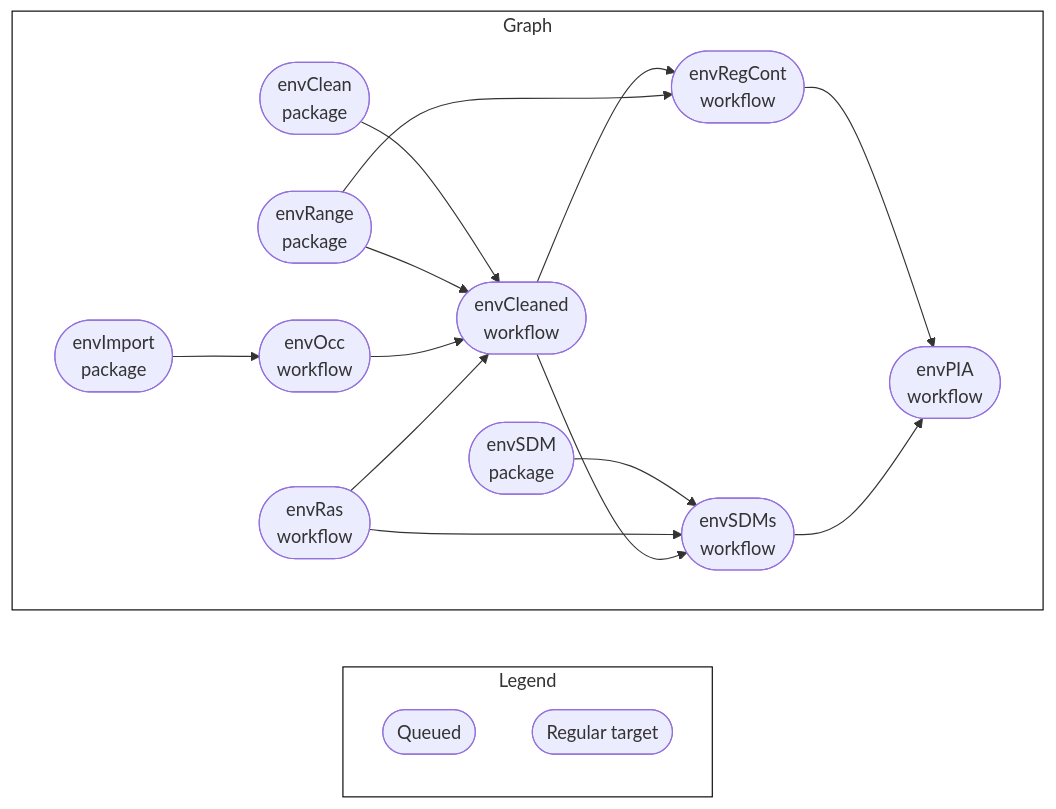
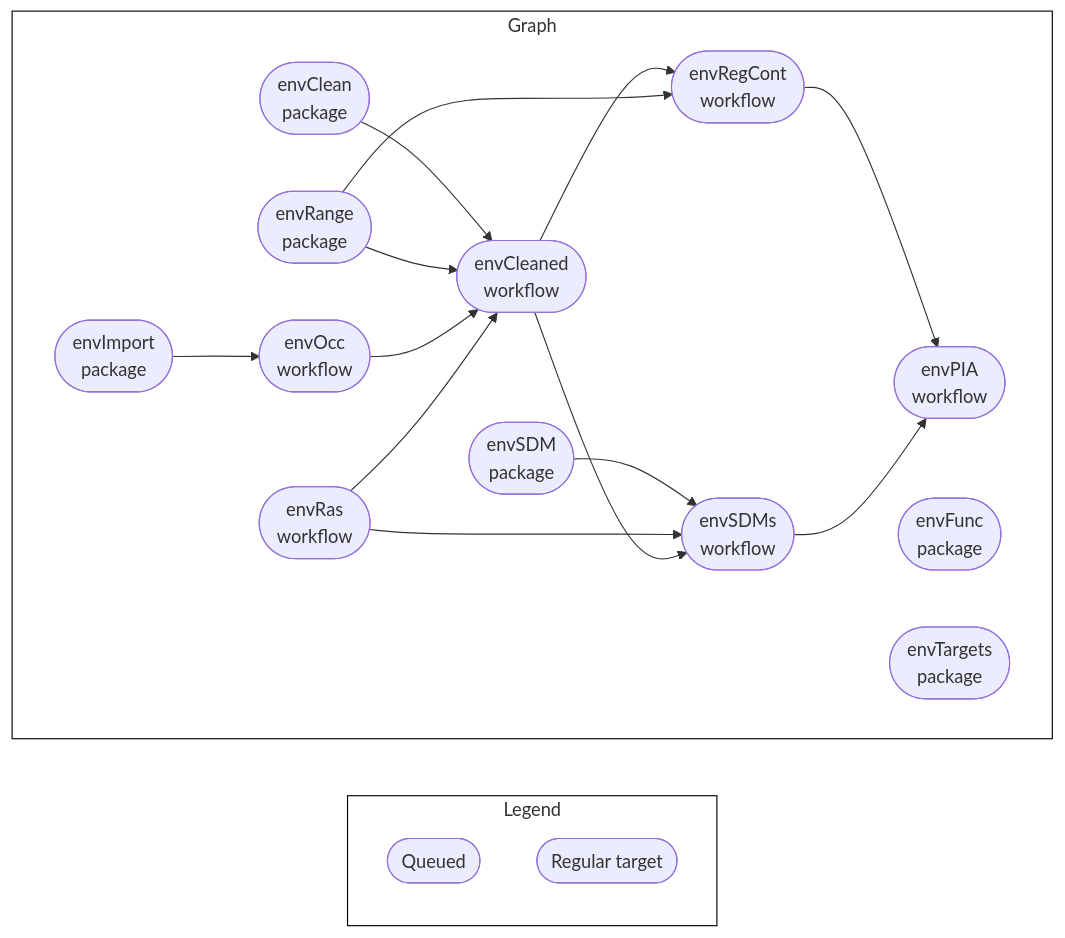
One commit to dew-landscapes/.github changed the diagram in profile/README.md. Above: the diagram before and after it, drawn with Mermaid. The commit also changed other lines of this file and 2 other files, not shown here.

````diff
--- a/profile/README.md
+++ b/profile/README.md
@@ -43,25 +43,26 @@
 ``` mermaid
 graph LR
   style Legend fill:#FFFFFF00,stroke:#000000;
   style Graph fill:#FFFFFF00,stroke:#000000;
   subgraph Legend
     xa3883d8216f2b511(["Queued"]):::queued
     xd03d7c7dd2ddda2b(["Regular target"]):::none
   end
   subgraph Graph
     direction LR
     x199e33ac94c360fd(["envClean<br>package"]):::queued --> x4e1f08a5bd05b882(["envCleaned<br>workflow"]):::queued
     x4f41d9ef8b70ed0e(["envRange<br>package"]):::queued --> x4e1f08a5bd05b882(["envCleaned<br>workflow"]):::queued
     x9d3addc2d3c28cb0(["envOcc<br>workflow"]):::queued --> x4e1f08a5bd05b882(["envCleaned<br>workflow"]):::queued
     x67b5feaf09e4d0ca(["envRas<br>workflow"]):::queued --> x4e1f08a5bd05b882(["envCleaned<br>workflow"]):::queued
     xa419b1871c902a02(["envImport<br>package"]):::queued --> x9d3addc2d3c28cb0(["envOcc<br>workflow"]):::queued
     x5499a04bf3778295(["envRegCont<br>workflow"]):::queued --> x2cb0f2dc918c8a98(["envPIA<br>workflow"]):::queued
     xc1054dd4c63b18e0(["envSDMs<br>workflow"]):::queued --> x2cb0f2dc918c8a98(["envPIA<br>workflow"]):::queued
     x4e1f08a5bd05b882(["envCleaned<br>workflow"]):::queued --> x5499a04bf3778295(["envRegCont<br>workflow"]):::queued
     x4f41d9ef8b70ed0e(["envRange<br>package"]):::queued --> x5499a04bf3778295(["envRegCont<br>workflow"]):::queued
     x07cddf360e9b199e(["envSDM<br>package"]):::queued --> xc1054dd4c63b18e0(["envSDMs<br>workflow"]):::queued
     x67b5feaf09e4d0ca(["envRas<br>workflow"]):::queued --> xc1054dd4c63b18e0(["envSDMs<br>workflow"]):::queued
     x4e1f08a5bd05b882(["envCleaned<br>workflow"]):::queued --> xc1054dd4c63b18e0(["envSDMs<br>workflow"]):::queued
-    
+    x6832f874a98057bb(["envFunc<br>package"]):::queued
+    xb03046fba8fa1b84(["envTargets<br>package"]):::queued
   end
 ```
````
